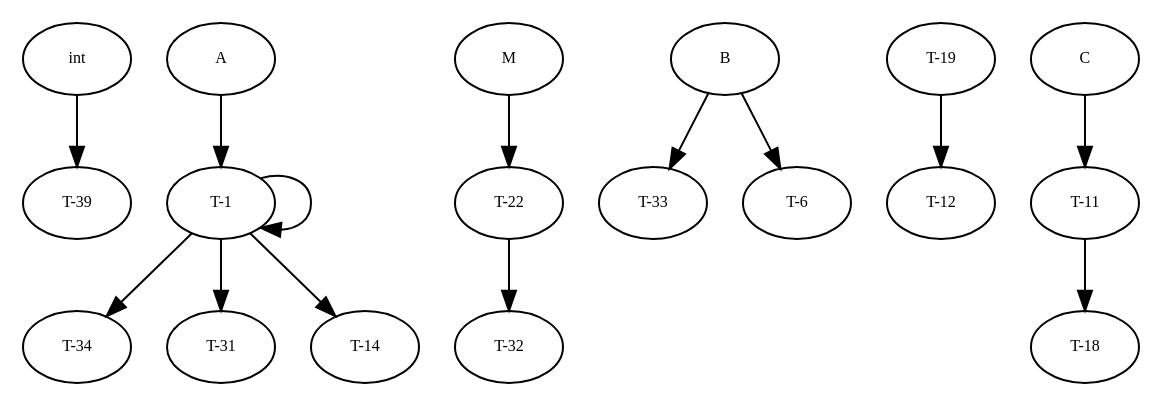
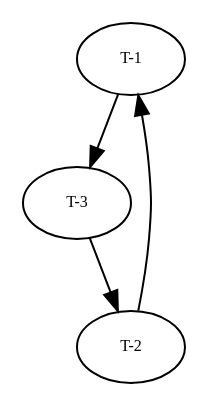
The diagram in graphs/dg.dot (amso100/livescript-declarations), drawn with Graphviz before and after one commit. The commit also changed 4 other files, not shown here.

```diff
--- a/graphs/dg.dot
+++ b/graphs/dg.dot
@@ -1,143 +1,28 @@
 digraph RGL__DirectedAdjacencyGraph {
-    int [
-        fontsize = 8,
-        label = int
-    ]
-
-    "T-39" [
-        fontsize = 8,
-        label = "T-39"
-    ]
-
     "T-1" [
         fontsize = 8,
         label = "T-1"
     ]
 
-    "T-34" [
+    "T-3" [
         fontsize = 8,
-        label = "T-34"
+        label = "T-3"
     ]
 
-    "T-22" [
+    "T-2" [
         fontsize = 8,
-        label = "T-22"
+        label = "T-2"
     ]
 
-    "T-32" [
-        fontsize = 8,
-        label = "T-32"
-    ]
-
-    "T-31" [
-        fontsize = 8,
-        label = "T-31"
-    ]
-
-    B [
-        fontsize = 8,
-        label = B
-    ]
-
-    "T-33" [
-        fontsize = 8,
-        label = "T-33"
-    ]
-
-    M [
-        fontsize = 8,
-        label = M
-    ]
-
-    "T-19" [
-        fontsize = 8,
-        label = "T-19"
-    ]
-
-    "T-12" [
-        fontsize = 8,
-        label = "T-12"
-    ]
-
-    "T-11" [
-        fontsize = 8,
-        label = "T-11"
-    ]
-
-    "T-18" [
-        fontsize = 8,
-        label = "T-18"
-    ]
-
-    "T-14" [
-        fontsize = 8,
-        label = "T-14"
-    ]
-
-    C [
-        fontsize = 8,
-        label = C
-    ]
-
-    "T-6" [
-        fontsize = 8,
-        label = "T-6"
-    ]
-
-    A [
-        fontsize = 8,
-        label = A
-    ]
-
-    int -> "T-39" [
+    "T-1" -> "T-3" [
         fontsize = 8
     ]
 
-    "T-1" -> "T-1" [
+    "T-3" -> "T-2" [
         fontsize = 8
     ]
 
-    "T-1" -> "T-34" [
-        fontsize = 8
-    ]
-
-    "T-1" -> "T-31" [
-        fontsize = 8
-    ]
-
-    "T-1" -> "T-14" [
-        fontsize = 8
-    ]
-
-    "T-22" -> "T-32" [
-        fontsize = 8
-    ]
-
-    B -> "T-33" [
-        fontsize = 8
-    ]
-
-    B -> "T-6" [
-        fontsize = 8
-    ]
-
-    M -> "T-22" [
-        fontsize = 8
-    ]
-
-    "T-19" -> "T-12" [
-        fontsize = 8
-    ]
-
-    "T-11" -> "T-18" [
-        fontsize = 8
-    ]
-
-    C -> "T-11" [
-        fontsize = 8
-    ]
-
-    A -> "T-1" [
+    "T-2" -> "T-1" [
         fontsize = 8
     ]
 }
```
